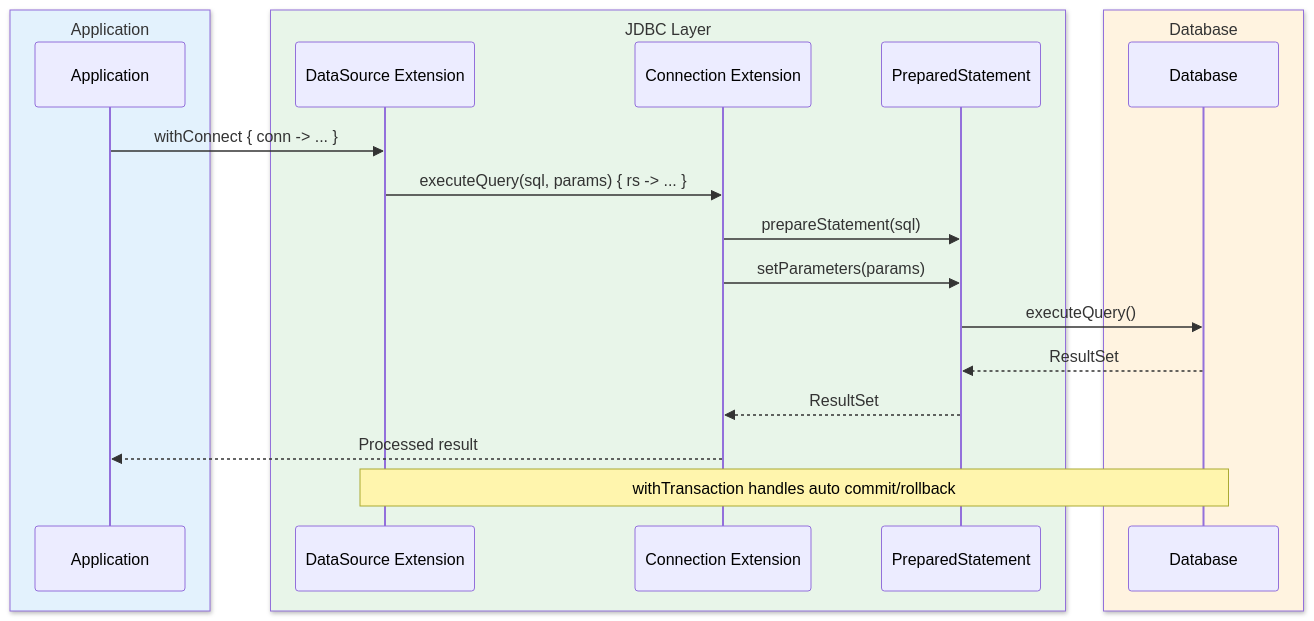
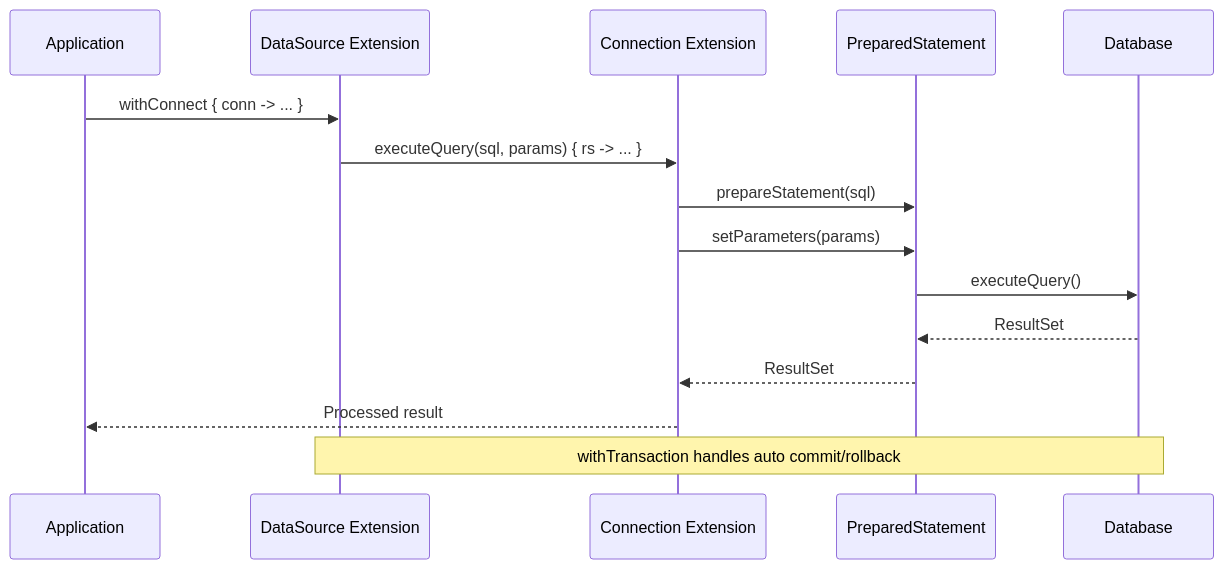
The third of 3 diagrams in data/jdbc/README.md (bluetape4k/bluetape4k-projects), drawn with Mermaid before and after one commit. The commit also changed other lines of this file and 219 other files, not shown here.

First line of the commit message:
docs: 전체 README Mermaid 다이어그램 가이드 적용

````diff
--- a/data/jdbc/README.md
+++ b/data/jdbc/README.md
@@ -545,25 +545,19 @@
 ```mermaid
 sequenceDiagram
-    box rgb(227, 242, 253) Application
         participant App as Application
-    end
-    box rgb(232, 245, 233) JDBC Layer
         participant DS as DataSource Extension
         participant Conn as Connection Extension
         participant PS as PreparedStatement
-    end
-    box rgb(255, 243, 224) Database
         participant DB as Database
-    end
 
     App->>DS: withConnect { conn -> ... }
     DS->>Conn: executeQuery(sql, params) { rs -> ... }
     Conn->>PS: prepareStatement(sql)
     Conn->>PS: setParameters(params)
     PS->>DB: executeQuery()
     DB-->>PS: ResultSet
     PS-->>Conn: ResultSet
     Conn-->>App: Processed result
 
     Note over DS,DB: withTransaction handles auto commit/rollback
 ```
````
